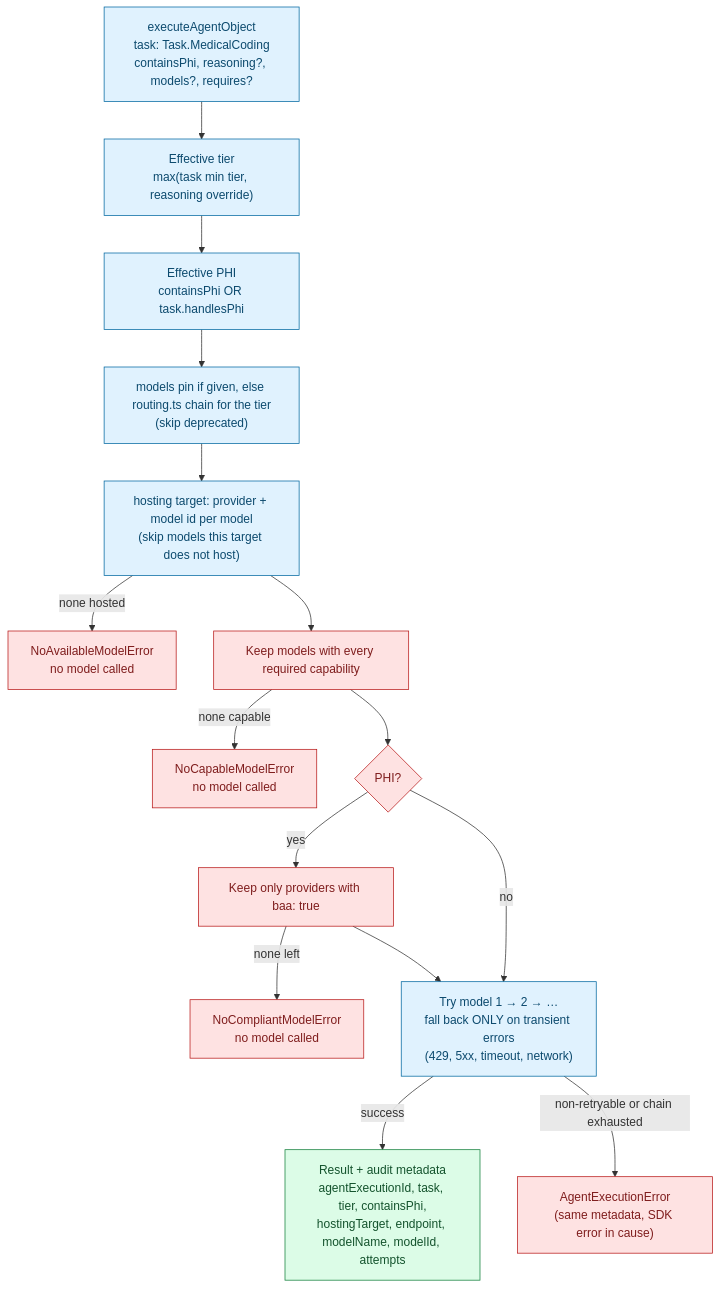
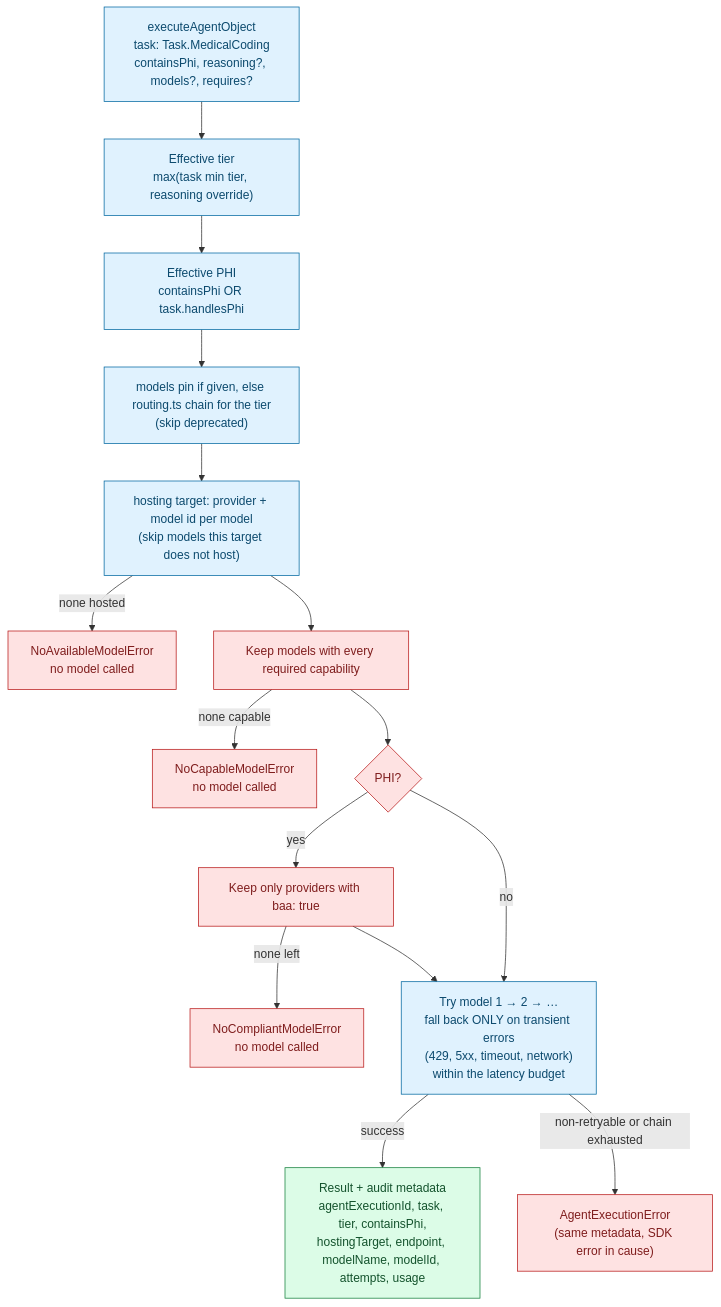
One commit to imRahul05/ASC-EHR changed the third of 4 diagrams in packages/agents/README.md. Above: the diagram before and after it, drawn with Mermaid. The commit also changed other lines of this file and 13 other files, not shown here.

````diff
--- a/packages/agents/README.md
+++ b/packages/agents/README.md
@@ -160,33 +160,33 @@
 ```mermaid
 flowchart TD
     classDef step fill:#e0f2fe,stroke:#0369a1,color:#0c4a6e
     classDef gate fill:#fee2e2,stroke:#b91c1c,color:#7f1d1d
     classDef ok fill:#dcfce7,stroke:#15803d,color:#14532d
 
     A["executeAgentObject<br/>task: Task.MedicalCoding<br/>containsPhi, reasoning?, models?, requires?"]:::step
     B["Effective tier<br/>max(task min tier, reasoning override)"]:::step
     C["Effective PHI<br/>containsPhi OR task.handlesPhi"]:::step
     D["models pin if given, else routing.ts chain for the tier<br/>(skip deprecated)"]:::step
     E["hosting target: provider + model id per model<br/>(skip models this target does not host)"]:::step
     NA["NoAvailableModelError<br/>no model called"]:::gate
     K["Keep models with every required capability"]:::gate
     NK["NoCapableModelError<br/>no model called"]:::gate
     F{"PHI?"}:::gate
     G["Keep only providers with baa: true"]:::gate
     X["NoCompliantModelError<br/>no model called"]:::gate
-    L["Try model 1 → 2 → …<br/>fall back ONLY on transient errors<br/>(429, 5xx, timeout, network)"]:::step
-    OK["Result + audit metadata<br/>agentExecutionId, task, tier, containsPhi,<br/>hostingTarget, endpoint, modelName, modelId, attempts"]:::ok
+    L["Try model 1 → 2 → …<br/>fall back ONLY on transient errors<br/>(429, 5xx, timeout, network)<br/>within the latency budget"]:::step
+    OK["Result + audit metadata<br/>agentExecutionId, task, tier, containsPhi,<br/>hostingTarget, endpoint, modelName, modelId, attempts, usage"]:::ok
     ERR["AgentExecutionError<br/>(same metadata, SDK error in cause)"]:::gate
 
     A --> B --> C --> D --> E
     E -->|none hosted| NA
     E --> K
     K -->|none capable| NK
     K --> F
     F -->|yes| G
     F -->|no| L
     G -->|none left| X
     G --> L
     L -->|success| OK
     L -->|non-retryable or chain exhausted| ERR
 ```
````
